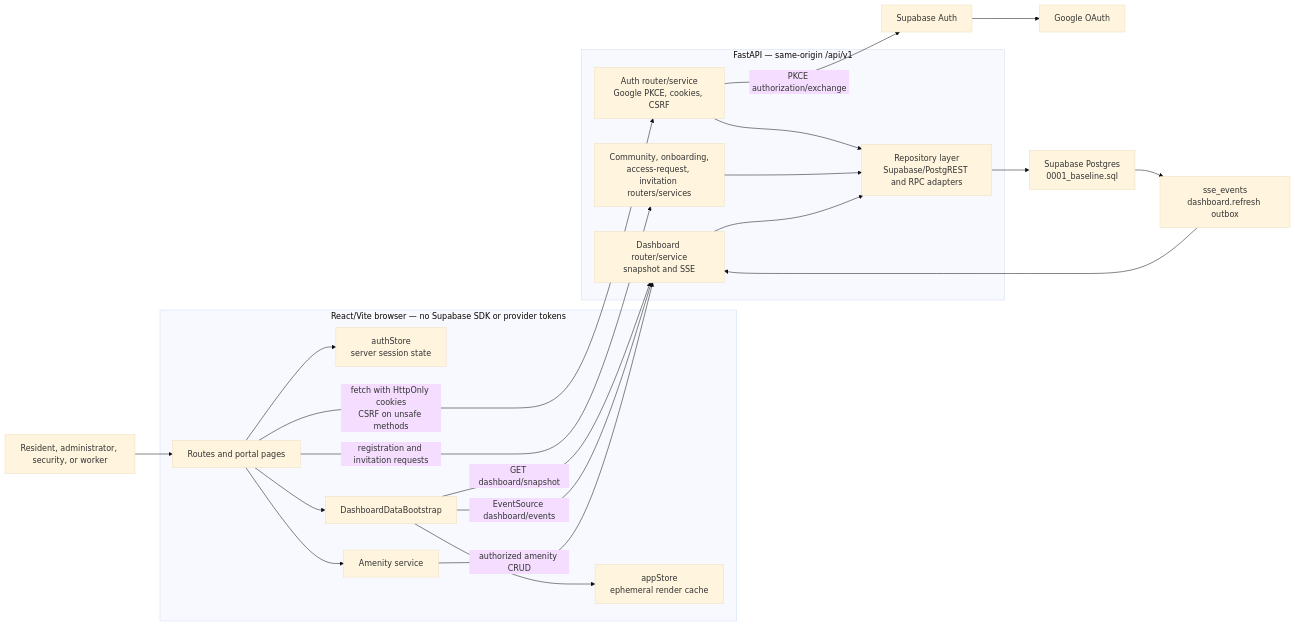
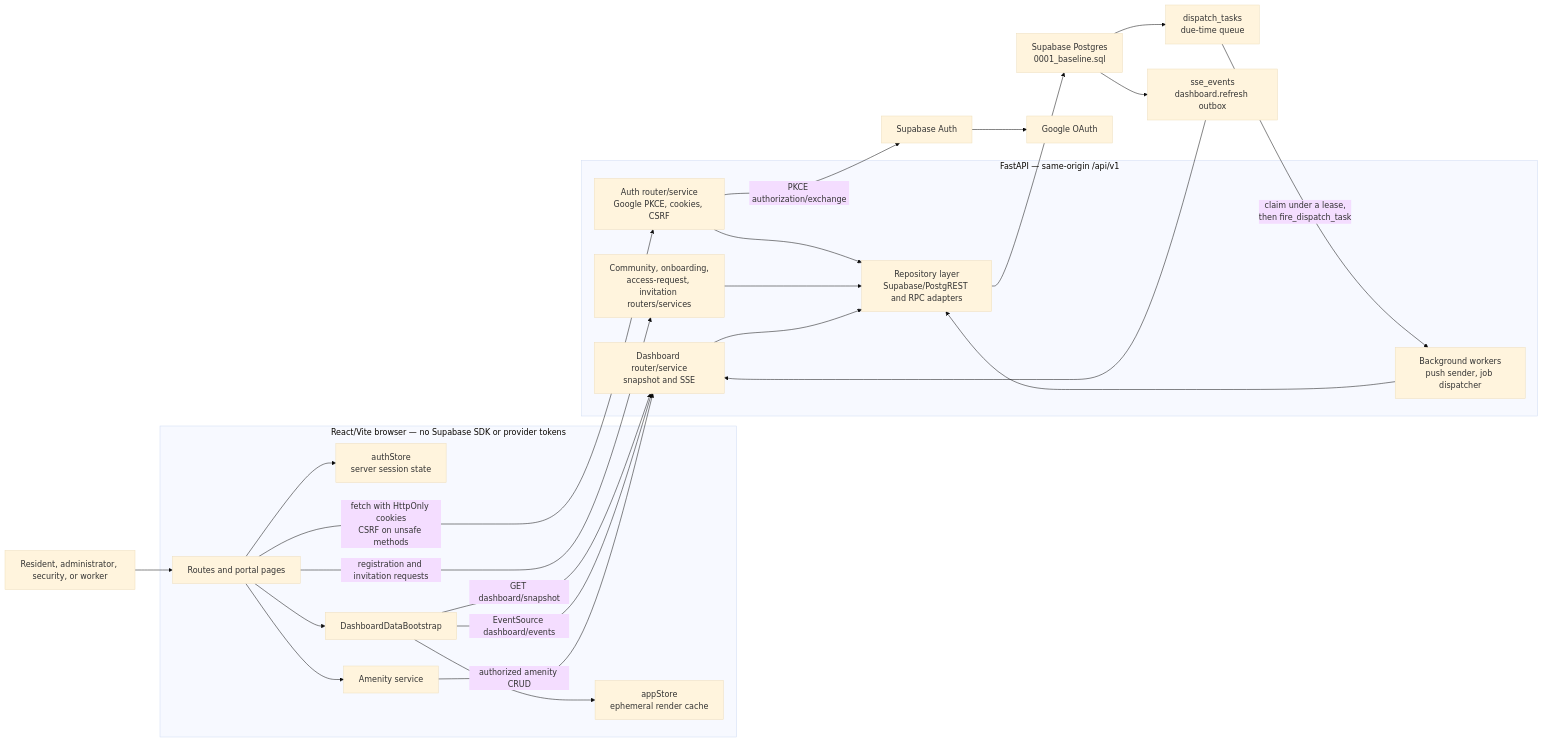
Before and after one commit to painful-bug/MAY2026-Team-035: the first of 2 diagrams in docs/ARCHITECTURE.md, drawn with Mermaid (base theme). The commit also changed other lines of this file and 220 other files, not shown here.

````diff
--- a/docs/ARCHITECTURE.md
+++ b/docs/ARCHITECTURE.md
@@ -13,38 +13,42 @@
 ```mermaid
 flowchart LR
     User["Resident, administrator, security, or worker"] --> UI
 
     subgraph Browser["React/Vite browser — no Supabase SDK or provider tokens"]
         UI["Routes and portal pages"]
         AuthStore["authStore\nserver session state"]
         Bootstrap["DashboardDataBootstrap"]
         Cache["appStore\nephemeral render cache"]
         Amenity["Amenity service"]
         UI --> AuthStore
         UI --> Bootstrap
         Bootstrap --> Cache
         UI --> Amenity
     end
 
     subgraph API["FastAPI — same-origin /api/v1"]
         Auth["Auth router/service\nGoogle PKCE, cookies, CSRF"]
         Registration["Community, onboarding,\naccess-request, invitation routers/services"]
         Dashboard["Dashboard router/service\nsnapshot and SSE"]
         Repositories["Repository layer\nSupabase/PostgREST and RPC adapters"]
+        Workers["Background workers\npush sender, job dispatcher"]
         Auth --> Repositories
         Registration --> Repositories
         Dashboard --> Repositories
+        Workers --> Repositories
     end
 
     UI -->|"fetch with HttpOnly cookies\nCSRF on unsafe methods"| Auth
     UI -->|"registration and invitation requests"| Registration
     Bootstrap -->|"GET dashboard/snapshot"| Dashboard
     Bootstrap -->|"EventSource dashboard/events"| Dashboard
     Amenity -->|"authorized amenity CRUD"| Dashboard
 
     Auth -->|"PKCE authorization/exchange"| SupabaseAuth["Supabase Auth"]
     SupabaseAuth --> Google["Google OAuth"]
     Repositories --> DB["Supabase Postgres\n0001_baseline.sql"]
     DB --> Outbox["sse_events\ndashboard.refresh outbox"]
     Outbox --> Dashboard
+    DB --> Queue["dispatch_tasks\ndue-time queue"]
+    Queue -->|"claim under a lease,\nthen fire_dispatch_task"| Workers
 ```
````
